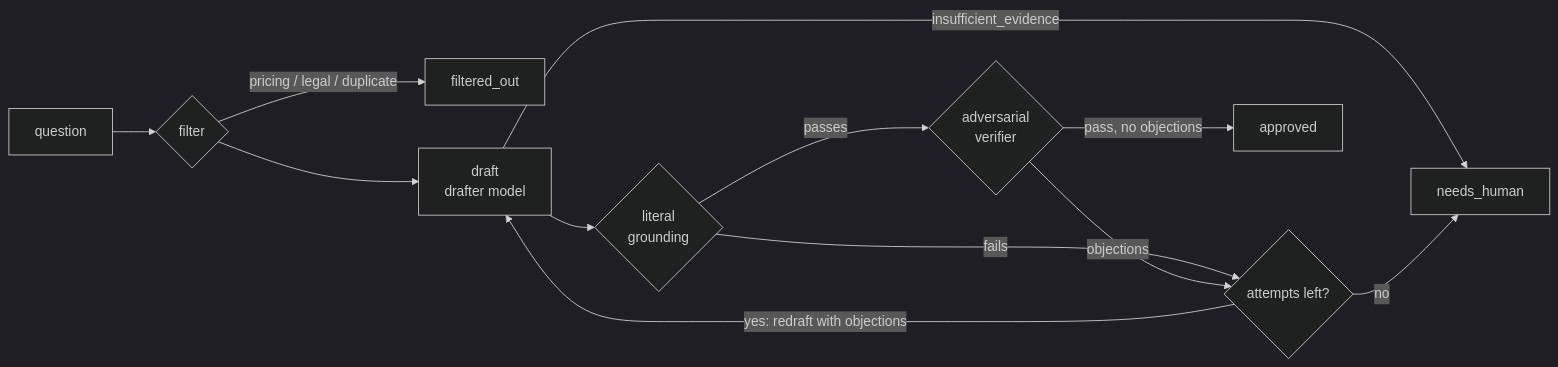
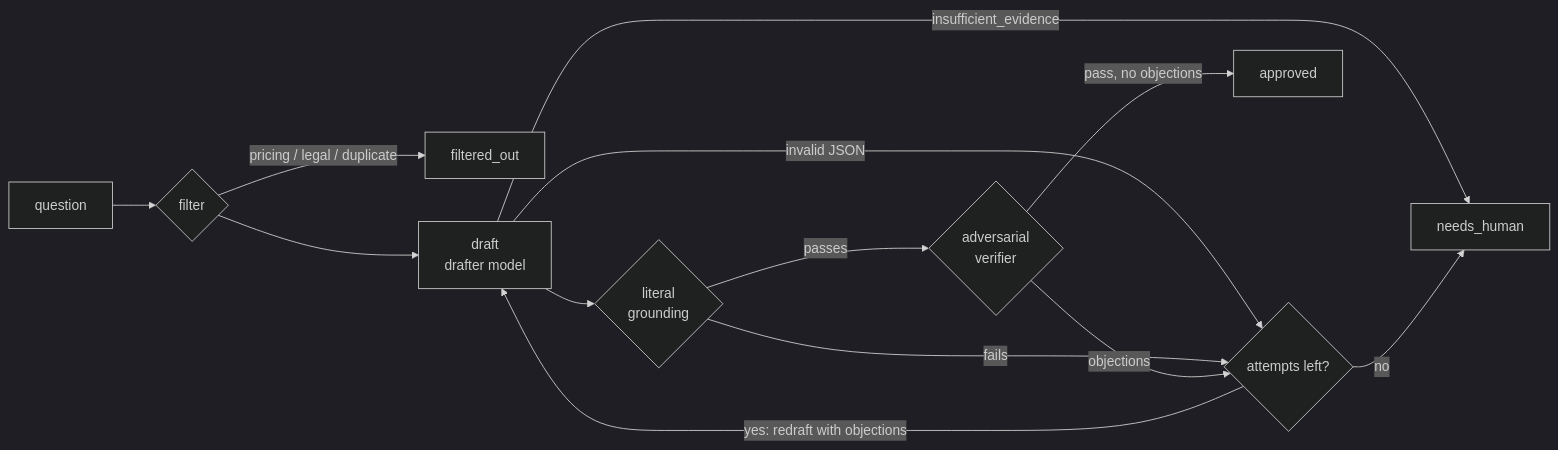
Before and after one commit to Tyran-byte/grounded-agents: the diagram in README.md, drawn with Mermaid (dark theme). The commit also changed other lines of this file and 13 other files, not shown here.

````diff
--- a/README.md
+++ b/README.md
@@ -59,14 +59,15 @@
 ```mermaid
 flowchart LR
     Q[question] --> F{filter}
     F -- pricing / legal / duplicate --> FO[filtered_out]
     F --> D[draft<br/>drafter model]
     D -- insufficient_evidence --> H[needs_human]
+    D -- invalid JSON --> R
     D --> G{literal<br/>grounding}
     G -- fails --> R{attempts left?}
     G -- passes --> V{adversarial<br/>verifier}
     V -- pass, no objections --> A[approved]
     V -- objections --> R
     R -- yes: redraft with objections --> D
     R -- no --> H
 ```
````
